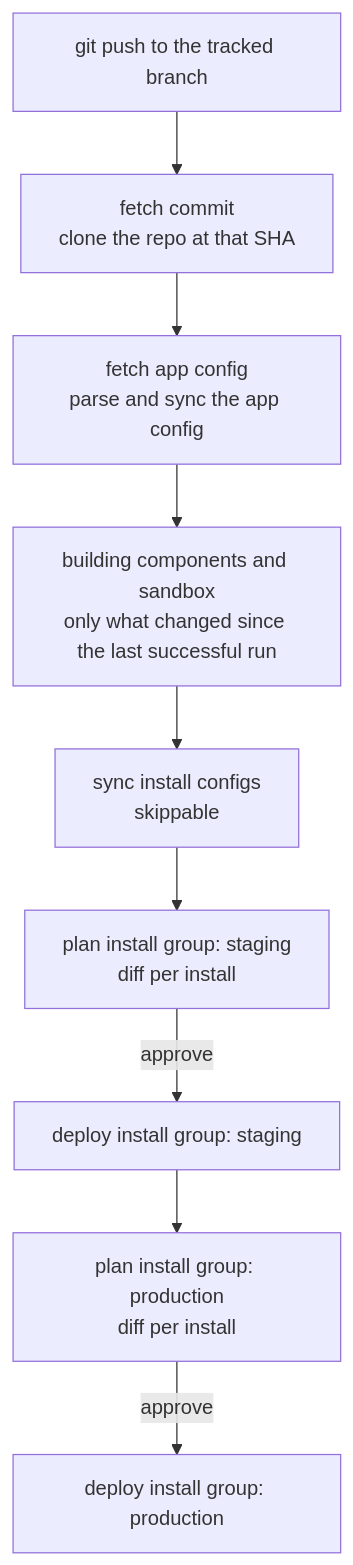
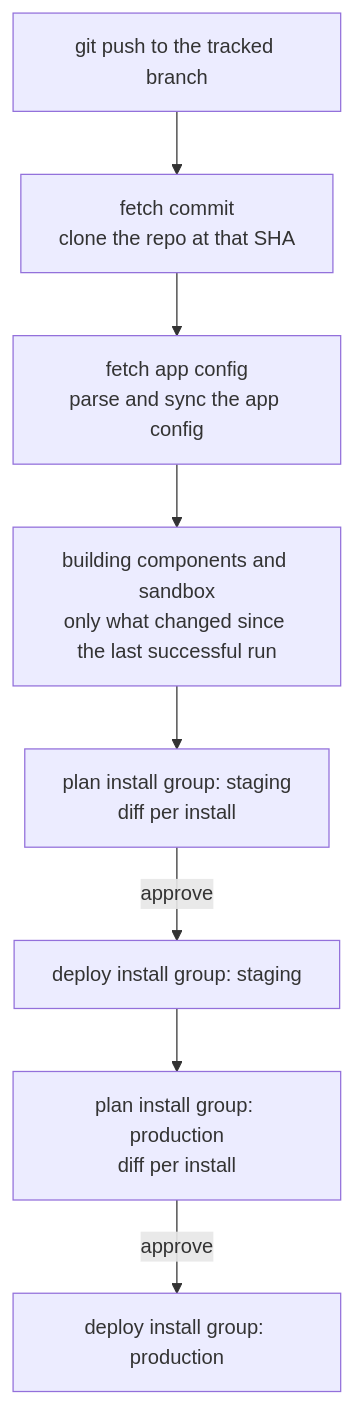
The first of 2 diagrams in docs/concepts/app-branches.mdx (nuonco/nuon), drawn with Mermaid before and after one commit. The commit also changed other lines of this file and 4 other files, not shown here.

Commit message:
docs: correct run steps, plan-only auto-approval, PR comment heading, and group selection rules after code review

````diff
--- a/docs/concepts/app-branches.mdx
+++ b/docs/concepts/app-branches.mdx
@@ -30,11 +30,10 @@
 ```mermaid
 flowchart TD
     push["git push to the tracked branch"] --> fetch["fetch commit<br/>clone the repo at that SHA"]
     fetch --> config["fetch app config<br/>parse and sync the app config"]
     config --> build["building components and sandbox<br/>only what changed since the last successful run"]
-    build --> sync["sync install configs<br/>skippable"]
-    sync --> plan1["plan install group: staging<br/>diff per install"]
+    build --> plan1["plan install group: staging<br/>diff per install"]
     plan1 -->|approve| deploy1["deploy install group: staging"]
     deploy1 --> plan2["plan install group: production<br/>diff per install"]
     plan2 -->|approve| deploy2["deploy install group: production"]
 ```
````
